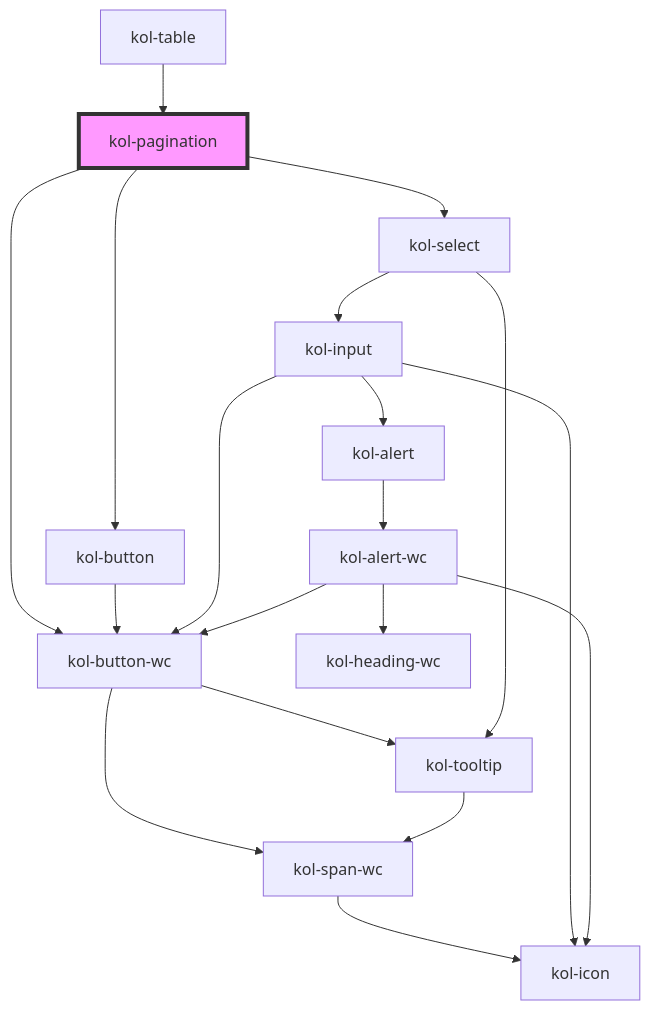
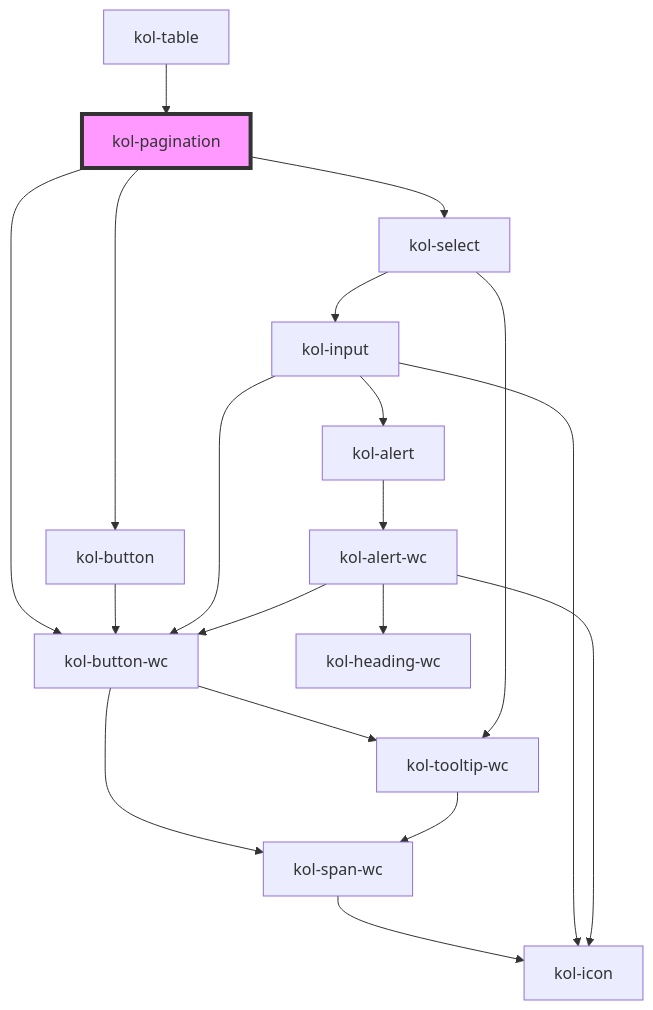
Before and after one commit to public-ui/kolibri: the diagram in packages/components/src/components/pagination/readme.md, drawn with Mermaid. The commit also changed other lines of this file and 99 other files, not shown here.

````diff
--- a/packages/components/src/components/pagination/readme.md
+++ b/packages/components/src/components/pagination/readme.md
@@ -76,22 +77,22 @@
 ```mermaid
 graph TD;
   kol-pagination --> kol-button
   kol-pagination --> kol-select
   kol-pagination --> kol-button-wc
   kol-button --> kol-button-wc
   kol-button-wc --> kol-span-wc
-  kol-button-wc --> kol-tooltip
+  kol-button-wc --> kol-tooltip-wc
   kol-span-wc --> kol-icon
-  kol-tooltip --> kol-span-wc
+  kol-tooltip-wc --> kol-span-wc
   kol-select --> kol-input
-  kol-select --> kol-tooltip
+  kol-select --> kol-tooltip-wc
   kol-input --> kol-icon
   kol-input --> kol-button-wc
   kol-input --> kol-alert
   kol-alert --> kol-alert-wc
   kol-alert-wc --> kol-heading-wc
   kol-alert-wc --> kol-button-wc
   kol-alert-wc --> kol-icon
   kol-table --> kol-pagination
   style kol-pagination fill:#f9f,stroke:#333,stroke-width:4px
 ```
````
